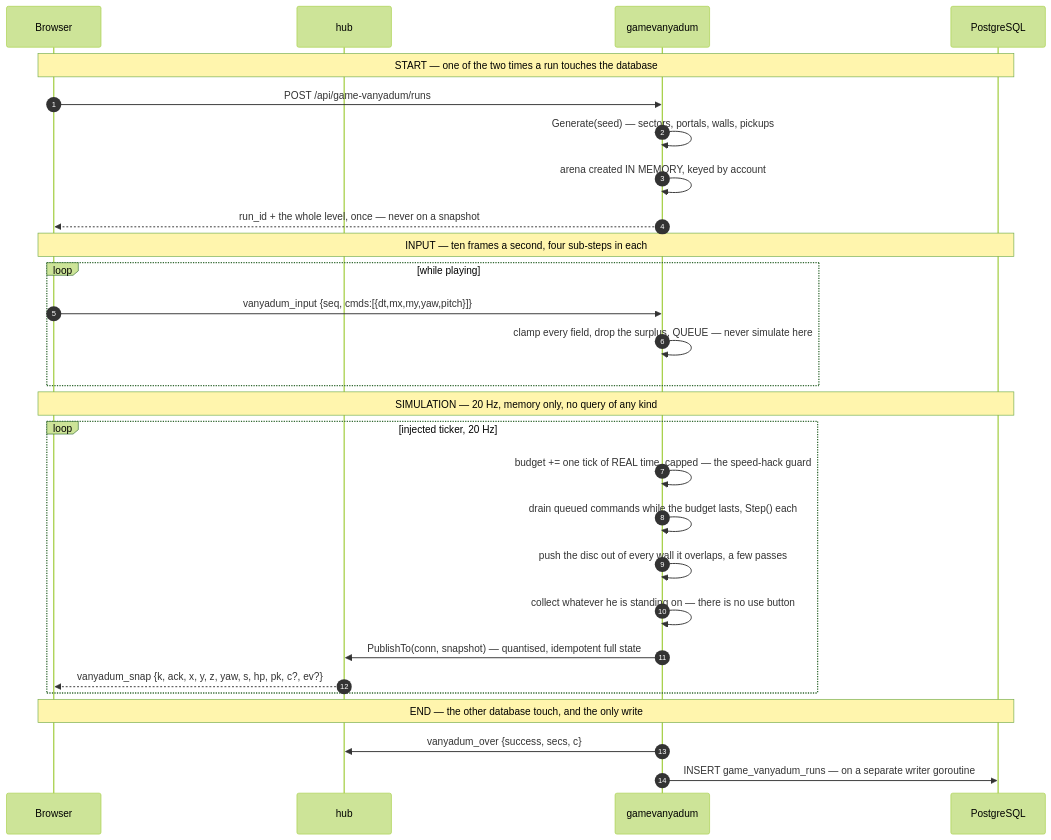
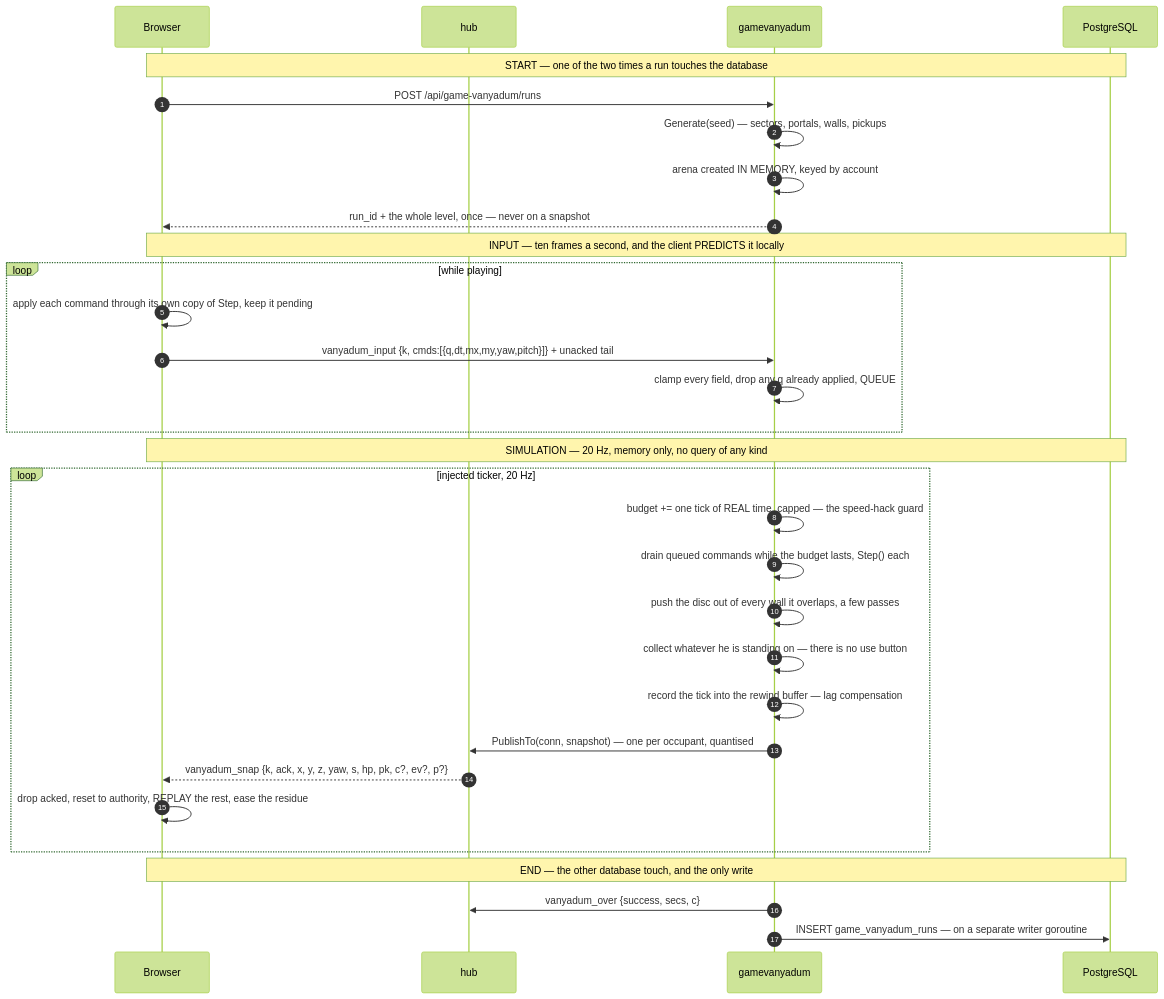
Before and after one commit to SergeyZSpb/psycho-space: the eighth of 12 diagrams in docs/ARCHITECTURE.md, drawn with Mermaid (forest theme). The commit also changed other lines of this file and 28 other files, not shown here.

````diff
--- a/docs/ARCHITECTURE.md
+++ b/docs/ARCHITECTURE.md
@@ -294,34 +294,37 @@
 ```mermaid
 sequenceDiagram
     autonumber
     participant B as Browser
     participant H as hub
     participant G as gamevanyadum
     participant P as PostgreSQL
 
     Note over B,P: START — one of the two times a run touches the database
     B->>G: POST /api/game-vanyadum/runs
     G->>G: Generate(seed) — sectors, portals, walls, pickups
     G->>G: arena created IN MEMORY, keyed by account
     G-->>B: run_id + the whole level, once — never on a snapshot
 
-    Note over B,P: INPUT — ten frames a second, four sub-steps in each
+    Note over B,P: INPUT — ten frames a second, and the client PREDICTS it locally
     loop while playing
-        B->>G: vanyadum_input {seq, cmds:[{dt,mx,my,yaw,pitch}]}
-        G->>G: clamp every field, drop the surplus, QUEUE — never simulate here
+        B->>B: apply each command through its own copy of Step, keep it pending
+        B->>G: vanyadum_input {k, cmds:[{q,dt,mx,my,yaw,pitch}]} + unacked tail
+        G->>G: clamp every field, drop any q already applied, QUEUE
     end
 
     Note over B,P: SIMULATION — 20 Hz, memory only, no query of any kind
     loop injected ticker, 20 Hz
         G->>G: budget += one tick of REAL time, capped — the speed-hack guard
         G->>G: drain queued commands while the budget lasts, Step() each
         G->>G: push the disc out of every wall it overlaps, a few passes
         G->>G: collect whatever he is standing on — there is no use button
-        G->>H: PublishTo(conn, snapshot) — quantised, idempotent full state
-        H-->>B: vanyadum_snap {k, ack, x, y, z, yaw, s, hp, pk, c?, ev?}
+        G->>G: record the tick into the rewind buffer — lag compensation
+        G->>H: PublishTo(conn, snapshot) — one per occupant, quantised
+        H-->>B: vanyadum_snap {k, ack, x, y, z, yaw, s, hp, pk, c?, ev?, p?}
+        B->>B: drop acked, reset to authority, REPLAY the rest, ease the residue
     end
 
     Note over B,P: END — the other database touch, and the only write
     G->>H: vanyadum_over {success, secs, c}
     G->>P: INSERT game_vanyadum_runs — on a separate writer goroutine
 ```
````
